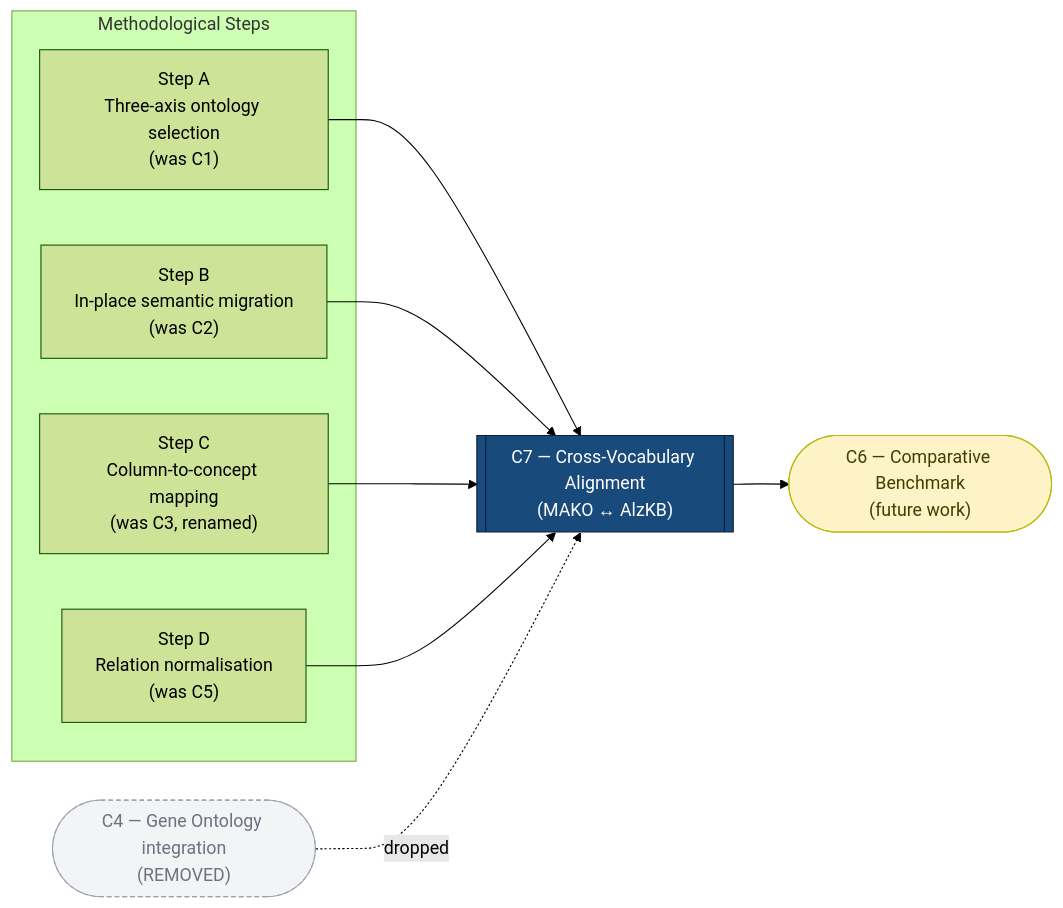
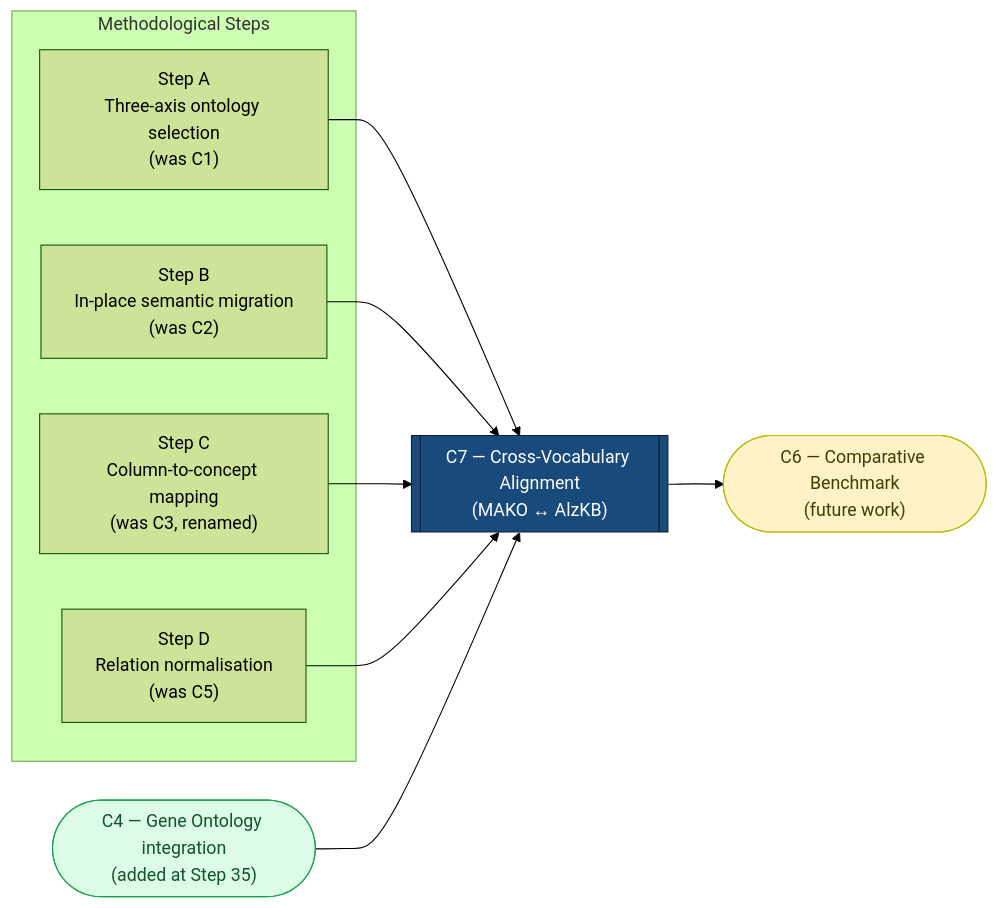
One commit to theFellandes/ADNIKnowledgeGraph changed the diagram in paper_outputs/f1_dependency.mmd. Above: the diagram before and after it, drawn with Mermaid (forest theme). The commit also changed 25 other files, not shown here.

Commit message:
Update ontology concepts in data summaries; include MONDO, DOID, and GO in the ontology concepts list and enhance documentation for Gene Ontology integration

```diff
--- a/paper_outputs/f1_dependency.mmd
+++ b/paper_outputs/f1_dependency.mmd
@@ -1,27 +1,29 @@
-%% F1 — MAKO functional dependency diagram (c7_plan_v2)
+%% F1 — MAKO functional dependency diagram (post-Step-35)
 %% C7 (cross-vocabulary AlzKB alignment) sits at the centre.
-%% Steps A–D feed into C7. C4 is removed (faded). C6 is future work.
+%% Steps A–D feed into C7. C4 (Gene Ontology) landed at Step 35 and now also
+%% feeds C7, taking the AlzKB Gene-category alignment to 5/5. C6 is future
+%% work.
 flowchart LR
     subgraph Steps["Methodological Steps"]
         A["Step A<br/>Three-axis ontology selection<br/>(was C1)"]
         B["Step B<br/>In-place semantic migration<br/>(was C2)"]
         C["Step C<br/>Column-to-concept mapping<br/>(was C3, renamed)"]
         D["Step D<br/>Relation normalisation<br/>(was C5)"]
     end
 
     C7[["C7 — Cross-Vocabulary Alignment<br/>(MAKO ↔ AlzKB)"]]
     C6(["C6 — Comparative Benchmark<br/>(future work)"])
-    C4(["C4 — Gene Ontology integration<br/>(REMOVED)"]):::removed
+    C4(["C4 — Gene Ontology integration<br/>(added at Step 35)"]):::added
 
     A --> C7
     B --> C7
     C --> C7
     D --> C7
+    C4 --> C7
     C7 --> C6
-    C4 -. dropped .-> C7
 
-    classDef removed fill:#f3f4f6,stroke:#9ca3af,stroke-dasharray:4 3,color:#6b7280;
+    classDef added fill:#dcfce7,stroke:#16a34a,color:#14532d;
     classDef future fill:#fef3c7,stroke:#b8b90c,color:#3f3f00;
     classDef hub fill:#184a7c,stroke:#0f1d3a,color:#ffffff;
     class C7 hub
     class C6 future
```
